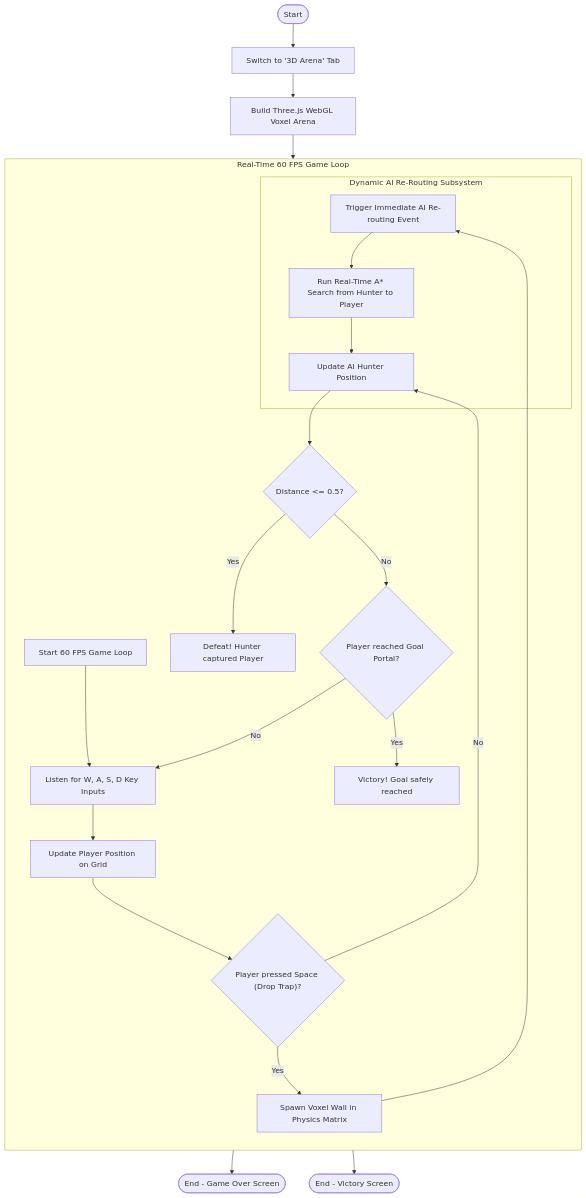
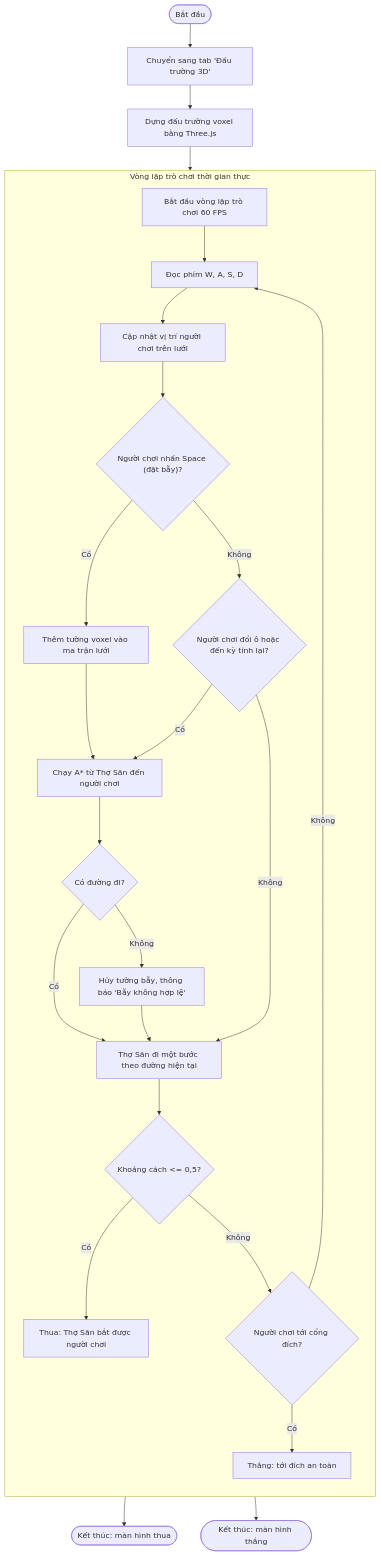
One commit to minhduc01168/pathfinding-visualizer-3d changed the fourth of 7 diagrams in docs/PathQuest_Technical_Analysis.md. Above: the diagram before and after it, drawn with Mermaid. The commit also changed other lines of this file, not shown here.

First line of the commit message:
docs: review and fix PathQuest technical analysis report

````diff
--- a/docs/PathQuest_Technical_Analysis.md
+++ b/docs/PathQuest_Technical_Analysis.md
@@ -357,31 +317,32 @@
 ```mermaid
 flowchart TD
-    Start([Start]) --> SwitchArcade["Switch to '3D Arena' Tab"]
-    SwitchArcade --> BuildVoxel["Build Three.js WebGL Voxel Arena"]
-    BuildVoxel --> StartGameLoop["Start 60 FPS Game Loop"]
-    
-    subgraph GameLoop["Real-Time 60 FPS Game Loop"]
+    Start([Bắt đầu]) --> SwitchArcade["Chuyển sang tab 'Đấu trường 3D'"]
+    SwitchArcade --> BuildVoxel["Dựng đấu trường voxel bằng Three.js"]
+    BuildVoxel --> StartGameLoop["Bắt đầu vòng lặp trò chơi 60 FPS"]
+
+    subgraph GameLoop["Vòng lặp trò chơi thời gian thực"]
         direction TB
-        StartGameLoop --> ListenInput["Listen for W, A, S, D Key Inputs"]
-        ListenInput --> MovePlayer["Update Player Position on Grid"]
-        MovePlayer --> CheckTrap{"Player pressed Space (Drop Trap)?"}
-        
-        CheckTrap -- Yes --> PlaceWall["Spawn Voxel Wall in Physics Matrix"]
-        PlaceWall --> TriggerReroute["Trigger Immediate AI Re-routing Event"]
-        CheckTrap -- No --> UpdateHunter["Update AI Hunter Position"]
+        StartGameLoop --> ListenInput["Đọc phím W, A, S, D"]
+        ListenInput --> MovePlayer["Cập nhật vị trí người chơi trên lưới"]
+        MovePlayer --> CheckTrap{"Người chơi nhấn Space (đặt bẫy)?"}
 
-        subgraph AI_Subsystem["Dynamic AI Re-Routing Subsystem"]
-            TriggerReroute --> RunAStarLive["Run Real-Time A* Search from Hunter to Player"]
-            RunAStarLive --> UpdateHunter
-        end
+        CheckTrap -- Có --> PlaceWall["Thêm tường voxel vào ma trận lưới"]
+        PlaceWall --> RunAStarLive["Chạy A* từ Thợ Săn đến người chơi"]
+        CheckTrap -- Không --> RerouteTick{"Người chơi đổi ô hoặc đến kỳ tính lại?"}
+        RerouteTick -- Có --> RunAStarLive
+        RerouteTick -- Không --> UpdateHunter["Thợ Săn đi một bước theo đường hiện tại"]
+        RunAStarLive --> PathFound{"Có đường đi?"}
+        PathFound -- Có --> UpdateHunter
+        PathFound -- Không --> RollbackTrap["Hủy tường bẫy, thông báo 'Bẫy không hợp lệ'"]
+        RollbackTrap --> UpdateHunter
 
-        UpdateHunter --> CheckCollision{"Distance <= 0.5?"}
-        CheckCollision -- Yes --> GameOverLose["Defeat! Hunter captured Player"]
-        CheckCollision -- No --> CheckGoal{"Player reached Goal Portal?"}
-        CheckGoal -- Yes --> GameOverWin["Victory! Goal safely reached"]
-        CheckGoal -- No --> ListenInput
+        UpdateHunter --> CheckCollision{"Khoảng cách <= 0,5?"}
+        CheckCollision -- Có --> GameOverLose["Thua: Thợ Săn bắt được người chơi"]
+        CheckCollision -- Không --> CheckGoal{"Người chơi tới cổng đích?"}
+        CheckGoal -- Có --> GameOverWin["Thắng: tới đích an toàn"]
+        CheckGoal -- Không --> ListenInput
     end
 
-    GameOverLose --> EndLose([End - Game Over Screen])
-    GameOverWin --> EndWin([End - Victory Screen])
+    GameOverLose --> EndLose([Kết thúc: màn hình thua])
+    GameOverWin --> EndWin([Kết thúc: màn hình thắng])
 ```
````
